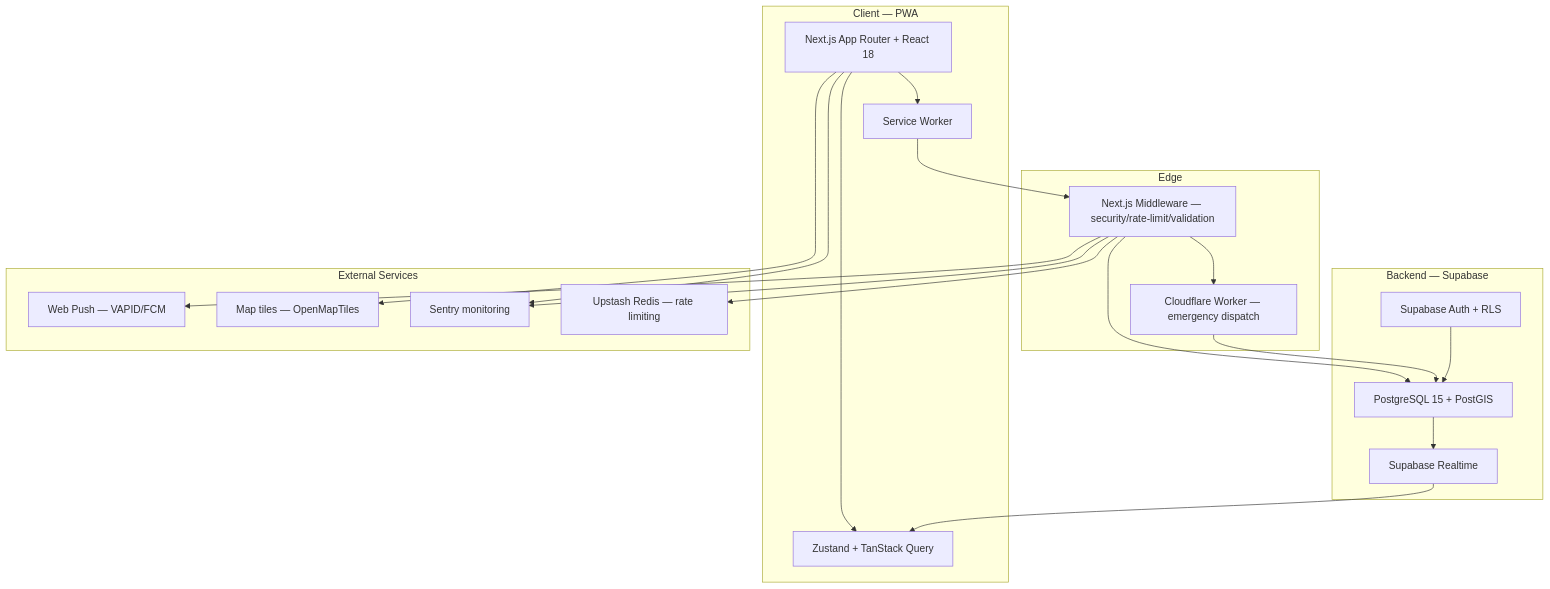
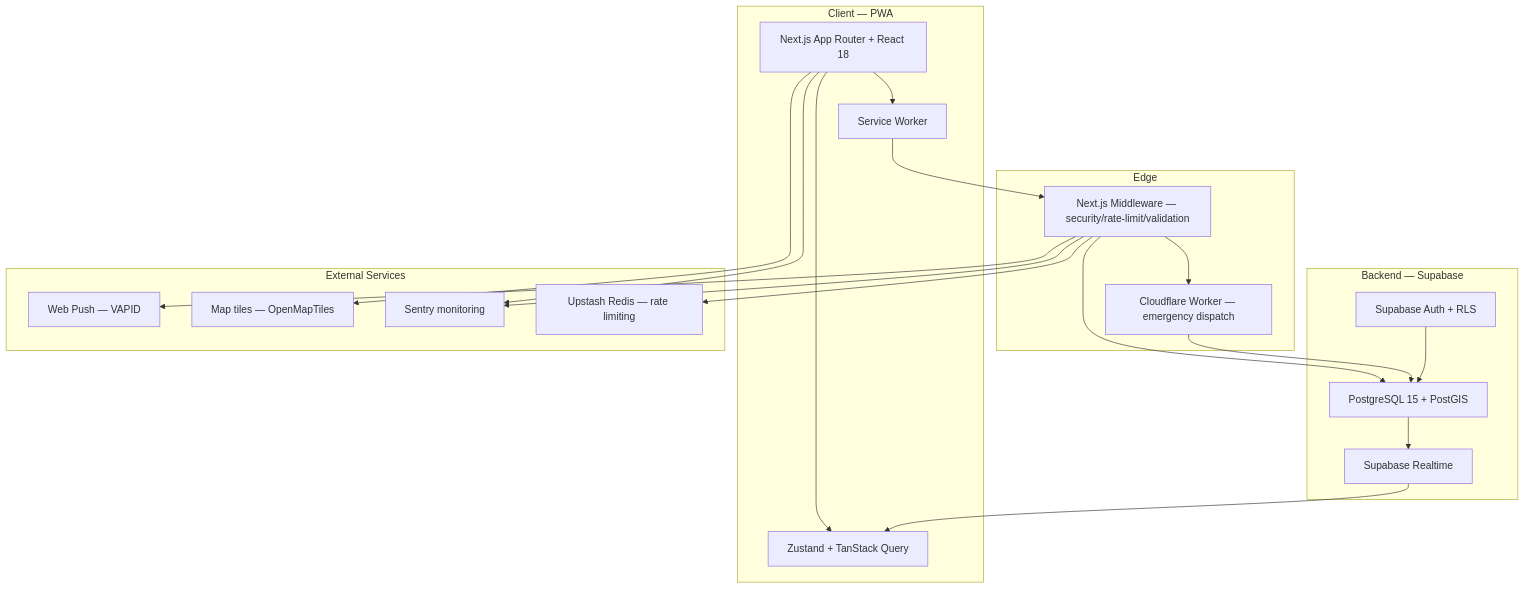
One commit to alencheung/openrelief changed the first of 6 diagrams in docs/architecture/system-diagrams.md. Above: the diagram before and after it, drawn with Mermaid. The commit also changed other lines of this file and 19 other files, not shown here.

````diff
--- a/docs/architecture/system-diagrams.md
+++ b/docs/architecture/system-diagrams.md
@@ -8,41 +8,41 @@
 ```mermaid
 graph TB
     subgraph Client["Client — PWA"]
         A[Next.js App Router + React 18]
         B[Service Worker]
         C[Zustand + TanStack Query]
     end
 
     subgraph Edge["Edge"]
         D[Next.js Middleware — security/rate-limit/validation]
         E[Cloudflare Worker — emergency dispatch]
     end
 
     subgraph Backend["Backend — Supabase"]
         F[PostgreSQL 15 + PostGIS]
         G[Supabase Auth + RLS]
         H[Supabase Realtime]
     end
 
     subgraph External["External Services"]
-        M[Web Push — VAPID/FCM]
+        M[Web Push — VAPID]
         N[Map tiles — OpenMapTiles]
         O[Sentry monitoring]
         P[Upstash Redis — rate limiting]
     end
 
     A --> B
     A --> C
     B --> D
     D --> E
     D --> F
     D --> P
     E --> F
     G --> F
     F --> H
     H --> C
     D --> M
     A --> N
     A --> O
     D --> O
 ```
````
